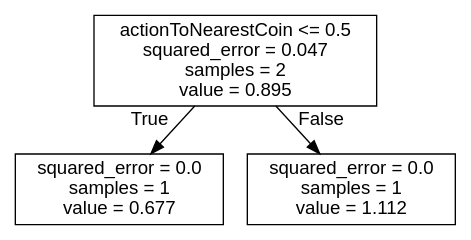
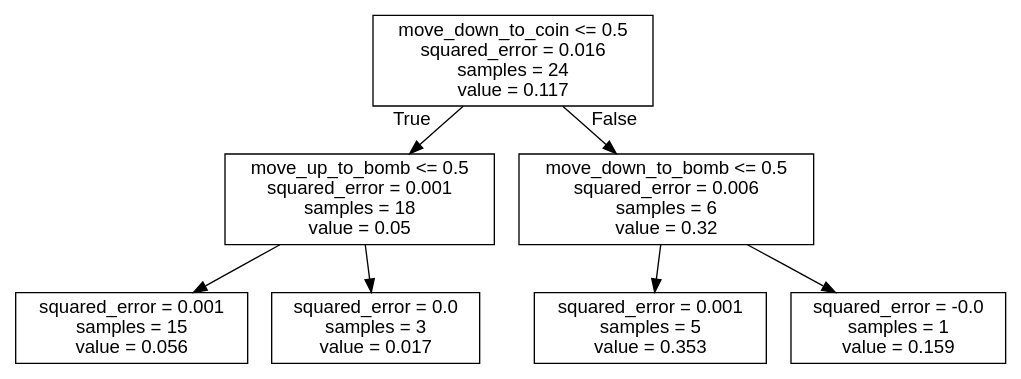
Before and after one commit to J-Gann/FML: the diagram in bomberman_rl/agent_code/my_agent/trees/DOWN.dot, drawn with Graphviz. The commit also changed 13 other files, not shown here.

```diff
--- a/bomberman_rl/agent_code/my_agent/trees/DOWN.dot
+++ b/bomberman_rl/agent_code/my_agent/trees/DOWN.dot
@@ -1,9 +1,17 @@
 digraph Tree {
 node [shape=box, fontname="helvetica"] ;
 edge [fontname="helvetica"] ;
-0 [label="actionToNearestCoin <= 0.5\nsquared_error = 0.047\nsamples = 2\nvalue = 0.895"] ;
-1 [label="squared_error = 0.0\nsamples = 1\nvalue = 0.677"] ;
+0 [label="move_down_to_coin <= 0.5\nsquared_error = 0.016\nsamples = 24\nvalue = 0.117"] ;
+1 [label="move_up_to_bomb <= 0.5\nsquared_error = 0.001\nsamples = 18\nvalue = 0.05"] ;
 0 -> 1 [labeldistance=2.5, labelangle=45, headlabel="True"] ;
-2 [label="squared_error = 0.0\nsamples = 1\nvalue = 1.112"] ;
-0 -> 2 [labeldistance=2.5, labelangle=-45, headlabel="False"] ;
+2 [label="squared_error = 0.001\nsamples = 15\nvalue = 0.056"] ;
+1 -> 2 ;
+3 [label="squared_error = 0.0\nsamples = 3\nvalue = 0.017"] ;
+1 -> 3 ;
+4 [label="move_down_to_bomb <= 0.5\nsquared_error = 0.006\nsamples = 6\nvalue = 0.32"] ;
+0 -> 4 [labeldistance=2.5, labelangle=-45, headlabel="False"] ;
+5 [label="squared_error = 0.001\nsamples = 5\nvalue = 0.353"] ;
+4 -> 5 ;
+6 [label="squared_error = -0.0\nsamples = 1\nvalue = 0.159"] ;
+4 -> 6 ;
 }
```
